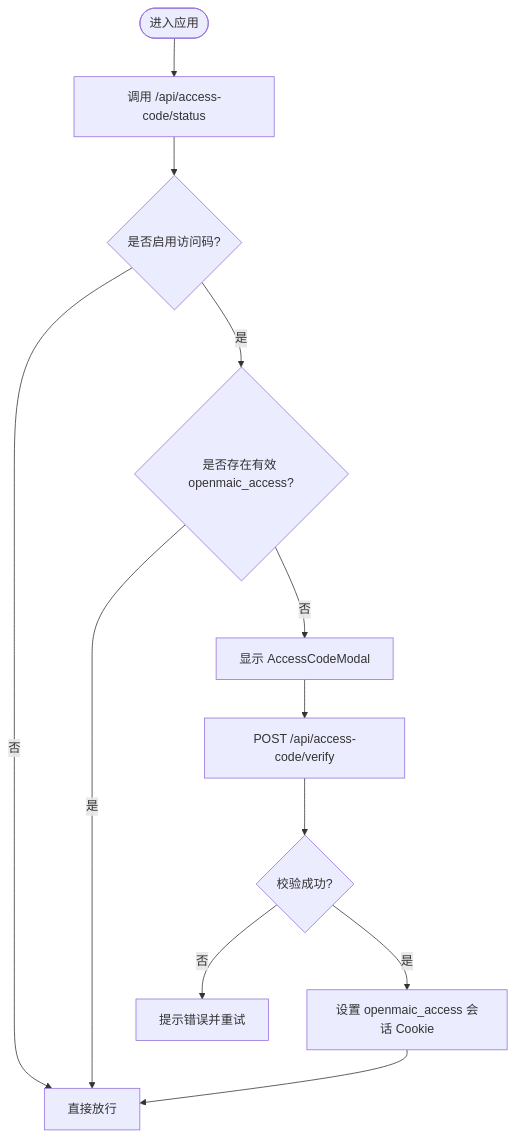
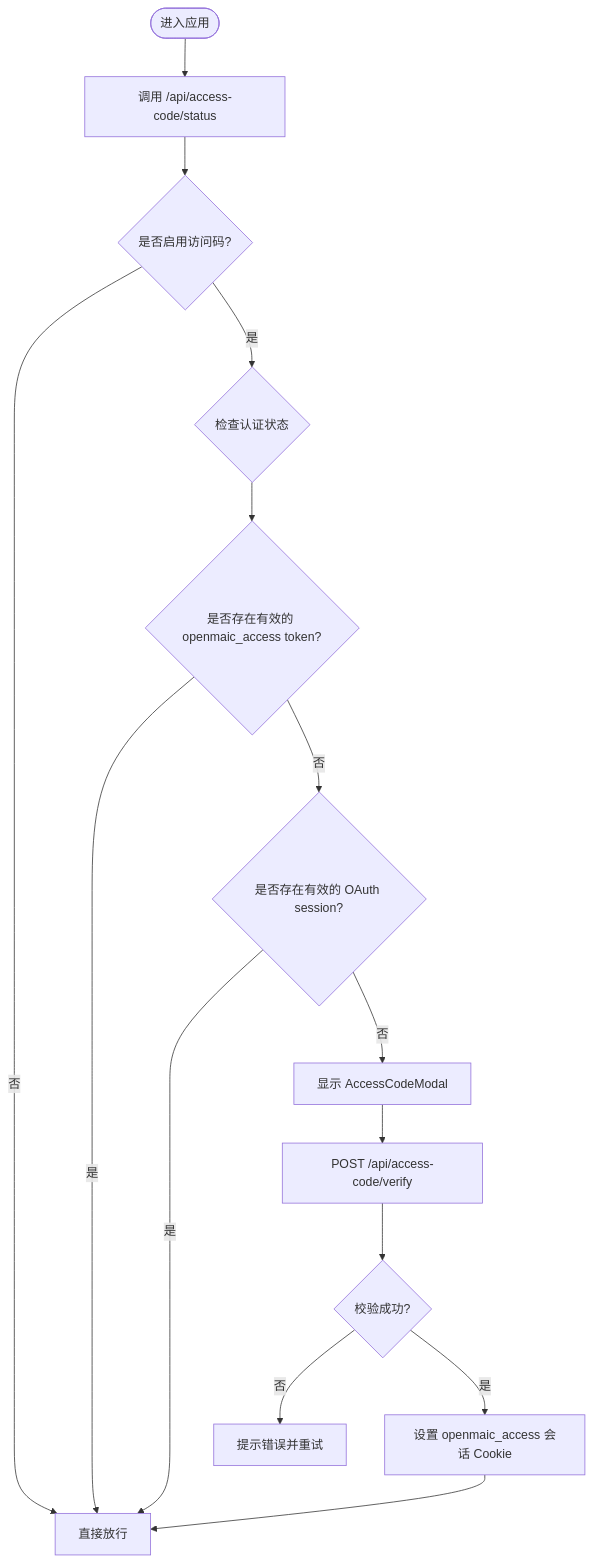
Before and after one commit to huangboheng/OpenMAIC: the second of 4 diagrams in .qoder/repowiki/zh/content/架构设计/后端架构设计/OAuth 2.0 认证系统.md, drawn with Mermaid. The commit also changed other lines of this file and 13 other files, not shown here.

````diff
--- a/.qoder/repowiki/zh/content/架构设计/后端架构设计/OAuth 2.0 认证系统.md
+++ b/.qoder/repowiki/zh/content/架构设计/后端架构设计/OAuth 2.0 认证系统.md
@@ -53,14 +63,17 @@
 ```mermaid
 flowchart TD
 Start(["进入应用"]) --> CheckStatus["调用 /api/access-code/status"]
 CheckStatus --> Enabled{"是否启用访问码?"}
 Enabled -- 否 --> Allow["直接放行"]
-Enabled -- 是 --> HasToken{"是否存在有效 openmaic_access?"}
-HasToken -- 是 --> Allow
-HasToken -- 否 --> ShowModal["显示 AccessCodeModal"]
+Enabled -- 是 --> CheckAuth{"检查认证状态"}
+CheckAuth --> SeamlessToken{"是否存在有效的 openmaic_access token?"}
+SeamlessToken -- 是 --> Allow
+SeamlessToken -- 否 --> OAuthSession{"是否存在有效的 OAuth session?"}
+OAuthSession -- 是 --> Allow
+OAuthSession -- 否 --> ShowModal["显示 AccessCodeModal"]
 ShowModal --> Submit["POST /api/access-code/verify"]
 Submit --> Verify{"校验成功?"}
 Verify -- 否 --> Error["提示错误并重试"]
 Verify -- 是 --> SetCookie["设置 openmaic_access 会话 Cookie"]
 SetCookie --> Allow
 ```
````
